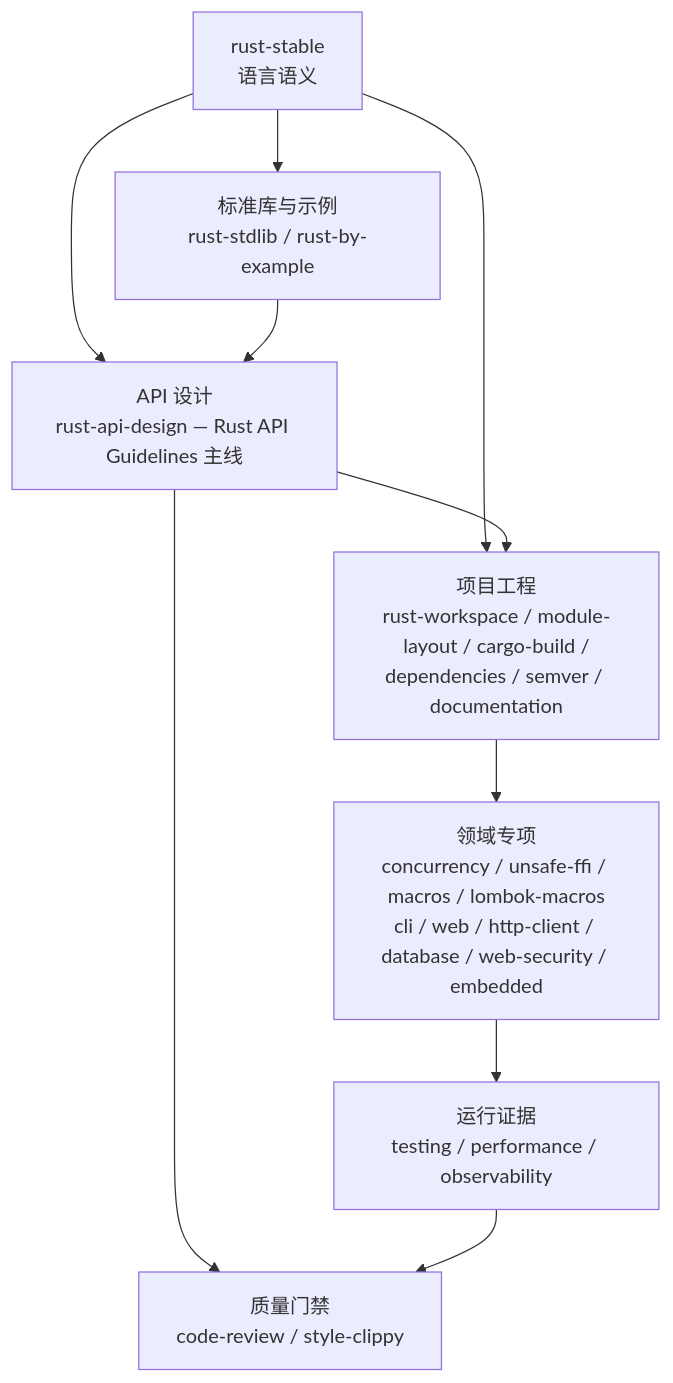
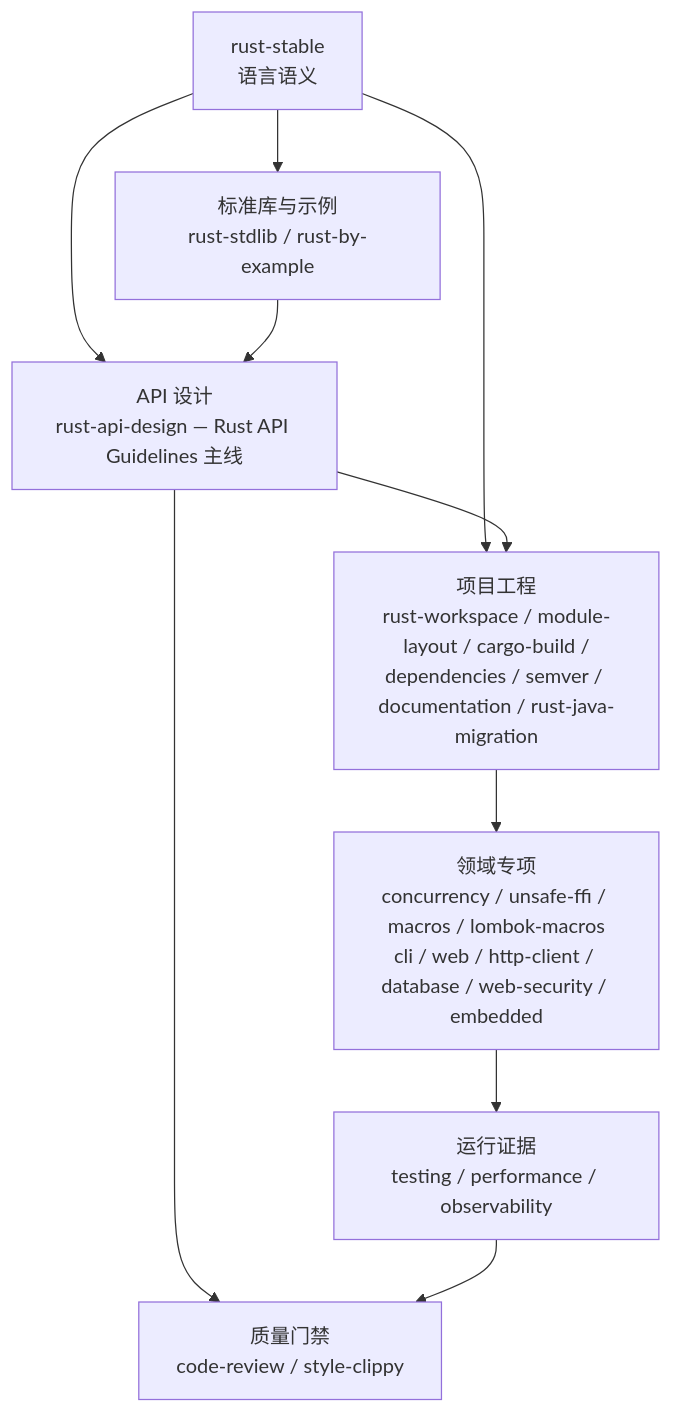
Before and after one commit to full-stack-skills/rust-skills: the diagram in README.zh-CN.md, drawn with Mermaid. The commit also changed other lines of this file and 43 other files, not shown here.

Commit message:
feat(rust): 新增 Java 迁移技能并完善 Cargo 指引

````diff
--- a/README.zh-CN.md
+++ b/README.zh-CN.md
@@ -55,20 +55,20 @@
 ```mermaid
 flowchart TB
     S["rust-stable<br/>语言语义"]
     L["标准库与示例<br/>rust-stdlib / rust-by-example"]
     A["API 设计<br/>rust-api-design — Rust API Guidelines 主线"]
-    P["项目工程<br/>rust-workspace / module-layout / cargo-build /<br/>dependencies / semver / documentation"]
+    P["项目工程<br/>rust-workspace / module-layout / cargo-build /<br/>dependencies / semver / documentation / rust-java-migration"]
     D["领域专项<br/>concurrency / unsafe-ffi / macros / lombok-macros<br/>cli / web / http-client / database / web-security / embedded"]
     O["运行证据<br/>testing / performance / observability"]
     Q["质量门禁<br/>code-review / style-clippy"]
 
     S --> L
     S --> A
     L --> A
     S --> P
     A --> P
     A --> Q
     P --> D
     D --> O
     O --> Q
 ```
````
